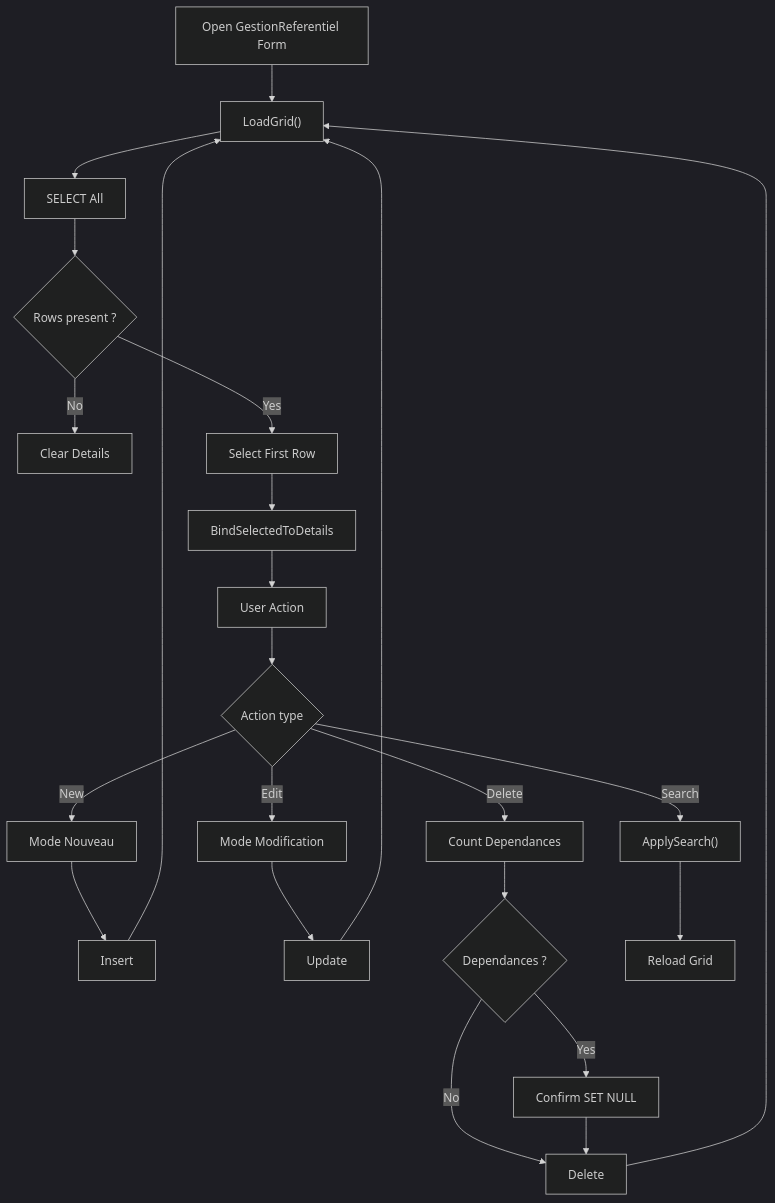
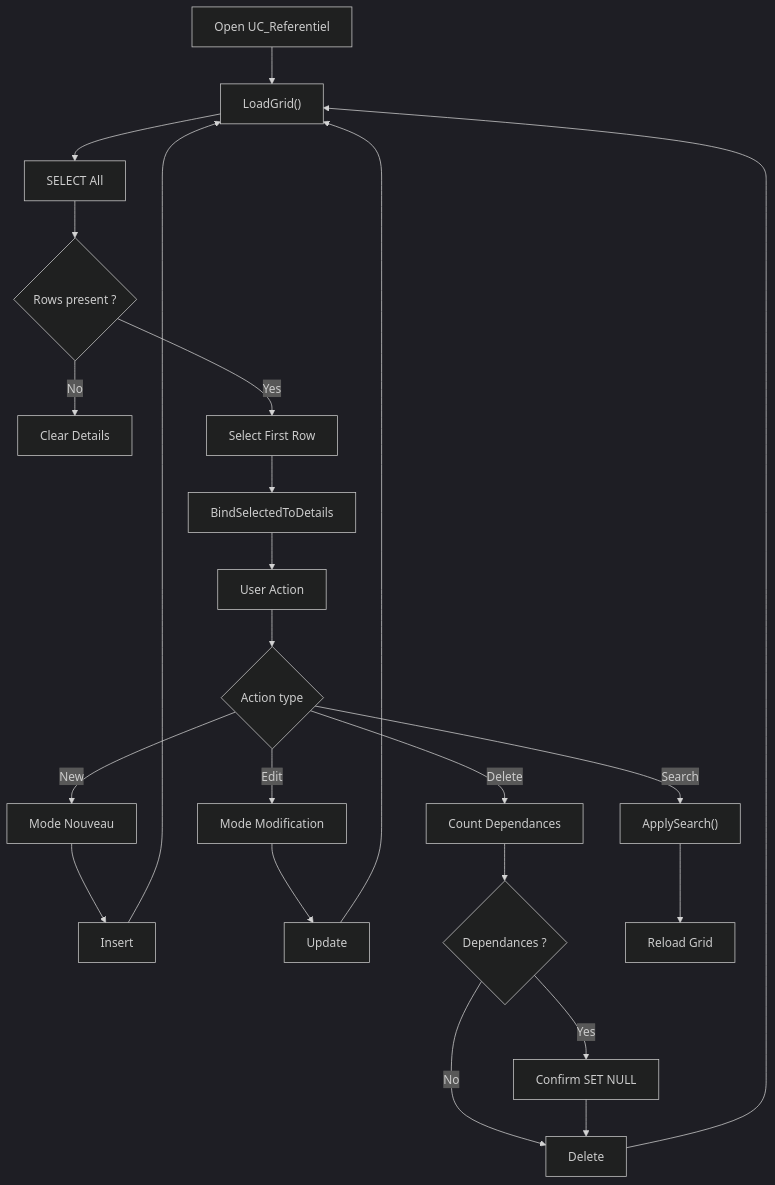
One commit to Les-Artefacts-de-Manou/Artefact changed the third of 5 diagrams in Docs/Process_Artefact.md. Above: the diagram before and after it, drawn with Mermaid (dark theme). The commit also changed other lines of this file and 81 other files, not shown here.

````diff
--- a/Docs/Process_Artefact.md
+++ b/Docs/Process_Artefact.md
@@ -582,36 +582,36 @@
 ```mermaid
 flowchart TD
-A["Open GestionReferentiel Form"] --> B["LoadGrid()"]
+A["Open UC_Referentiel"] --> B["LoadGrid()"]
 B --> C["SELECT All"]
 
 C --> D{"Rows present ?"}
 D -- No --> E["Clear Details"]
 D -- Yes --> F["Select First Row"]
 
 F --> G["BindSelectedToDetails"]
 
 G --> H["User Action"]
 
 H --> I{Action type}
 
 I -- New --> J["Mode Nouveau"]
 J --> K["Insert"]
 K --> B
 
 I -- Edit --> L["Mode Modification"]
 L --> M["Update"]
 M --> B
 
 I -- Delete --> N["Count Dependances"]
 N --> O{"Dependances ?"}
 
 O -- Yes --> P["Confirm SET NULL"]
 O -- No --> Q["Delete"]
 
 P --> Q
 Q --> B
 
 I -- Search --> R["ApplySearch()"]
 R --> S["Reload Grid"]
 
 ```
````
